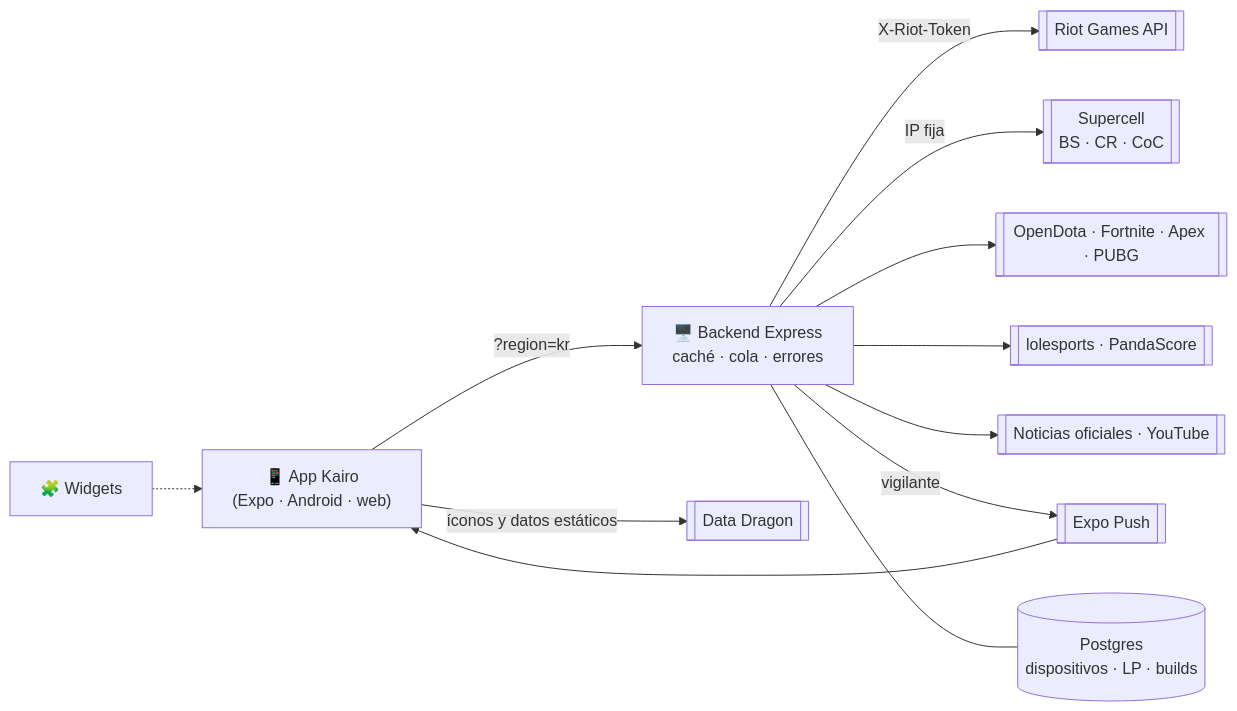
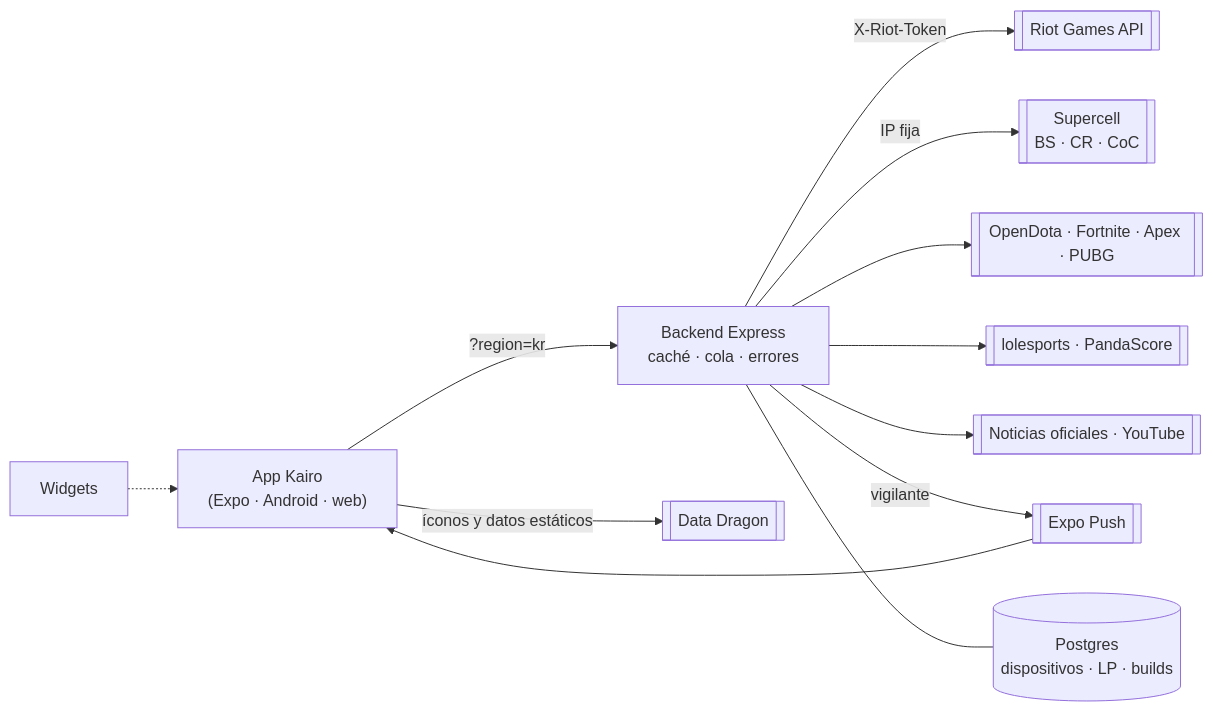
Before and after one commit to 0scar07/Kairo: the diagram in README.md, drawn with Mermaid. The commit also changed other lines of this file and 30 other files, not shown here.

````diff
--- a/README.md
+++ b/README.md
@@ -318,13 +318,13 @@
 ```mermaid
 flowchart LR
-    App["📱 App Kairo<br/>(Expo · Android · web)"] -- "?region=kr" --> API["🖥️ Backend Express<br/>caché · cola · errores"]
-    Widgets["🧩 Widgets"] -.-> App
+    App["App Kairo<br/>(Expo · Android · web)"] -- "?region=kr" --> API["Backend Express<br/>caché · cola · errores"]
+    Widgets["Widgets"] -.-> App
     API -- "X-Riot-Token" --> Riot[["Riot Games API"]]
     API -- "IP fija" --> SC[["Supercell<br/>BS · CR · CoC"]]
     API --> Others[["OpenDota · Fortnite · Apex · PUBG"]]
     API --> Esports[["lolesports · PandaScore"]]
     API --> Media[["Noticias oficiales · YouTube"]]
     API -- "vigilante" --> Push[["Expo Push"]] --> App
     API --- DB[("Postgres<br/>dispositivos · LP · builds")]
     App -- "íconos y datos estáticos" --> DD[["Data Dragon"]]
 ```
````
